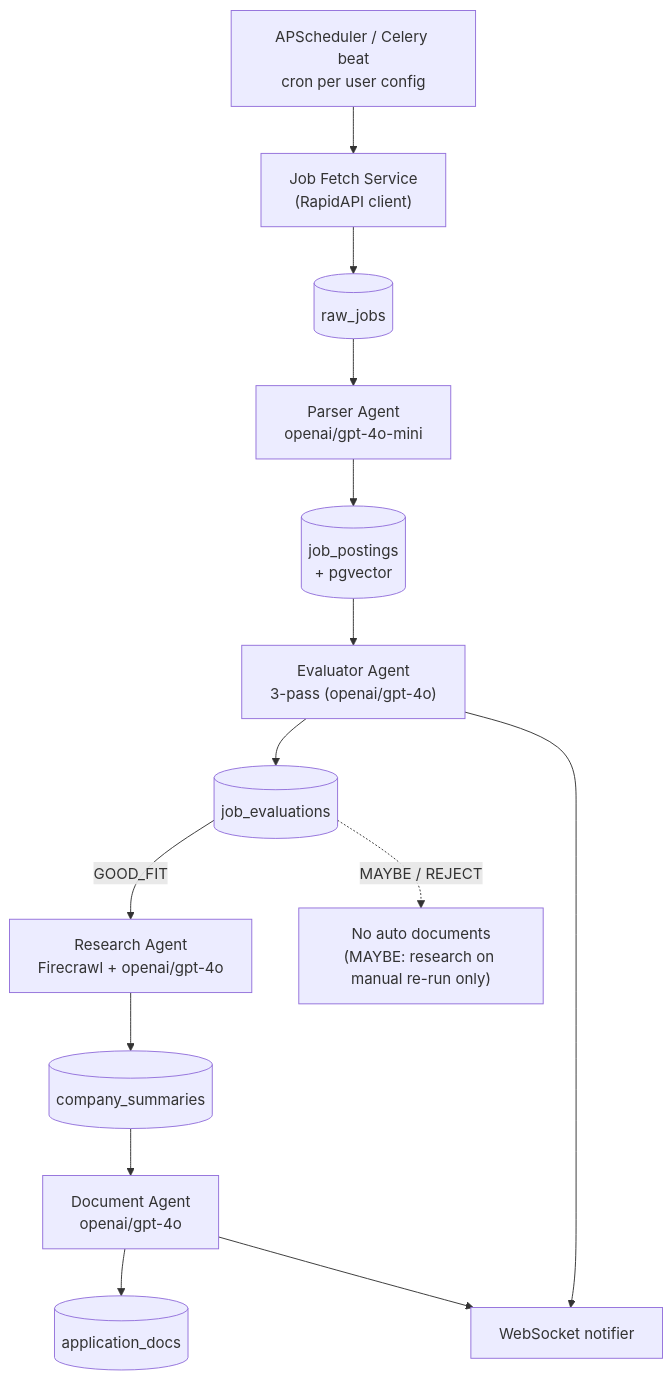
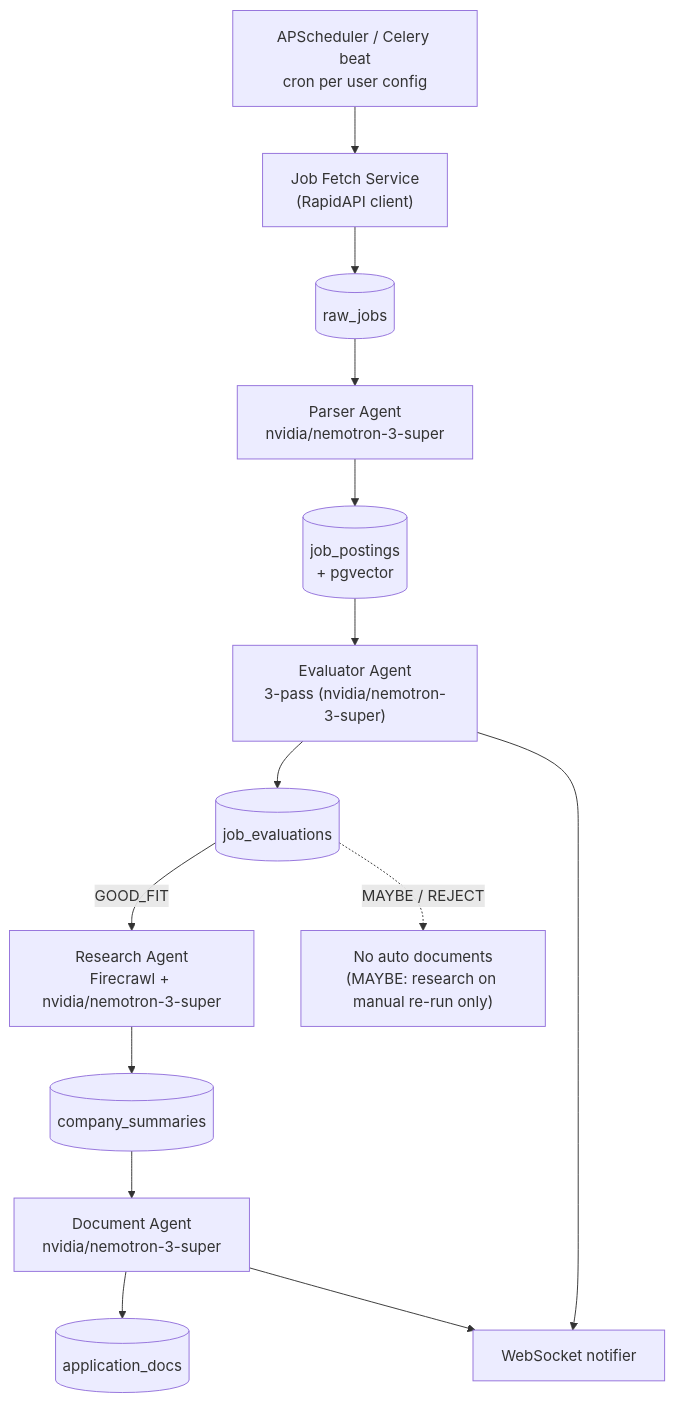
The diagram in docs/architecture/02-agentic-pipeline.md (Gathondu/kaziro), drawn with Mermaid before and after one commit. The commit also changed other lines of this file and 33 other files, not shown here.

First line of the commit message:
feat: update default models to NVIDIA Nemotron for agents and embeddings

````diff
--- a/docs/architecture/02-agentic-pipeline.md
+++ b/docs/architecture/02-agentic-pipeline.md
@@ -29,24 +31,24 @@
 ```mermaid
 flowchart TD
   scheduler["APScheduler / Celery beat<br/>cron per user config"]
   fetch["Job Fetch Service<br/>(RapidAPI client)"]
   rawT[("raw_jobs")]
-  parser["Parser Agent<br/>openai/gpt-4o-mini"]
+  parser["Parser Agent<br/>nvidia/nemotron-3-super"]
   postingsT[("job_postings<br/>+ pgvector")]
-  evaluator["Evaluator Agent<br/>3-pass (openai/gpt-4o)"]
+  evaluator["Evaluator Agent<br/>3-pass (nvidia/nemotron-3-super)"]
   evalT[("job_evaluations")]
-  research["Research Agent<br/>Firecrawl + openai/gpt-4o"]
+  research["Research Agent<br/>Firecrawl + nvidia/nemotron-3-super"]
   companyT[("company_summaries")]
-  document["Document Agent<br/>openai/gpt-4o"]
+  document["Document Agent<br/>nvidia/nemotron-3-super"]
   docsT[("application_docs")]
   ws["WebSocket notifier"]
 
   scheduler --> fetch --> rawT
   rawT --> parser --> postingsT
   postingsT --> evaluator --> evalT
   evalT -->|"GOOD_FIT"| research --> companyT
   companyT --> document --> docsT
   evalT -.->|"MAYBE / REJECT"| stop["No auto documents<br/>(MAYBE: research on manual re-run only)"]
   evaluator --> ws
   document --> ws
 ```
````
